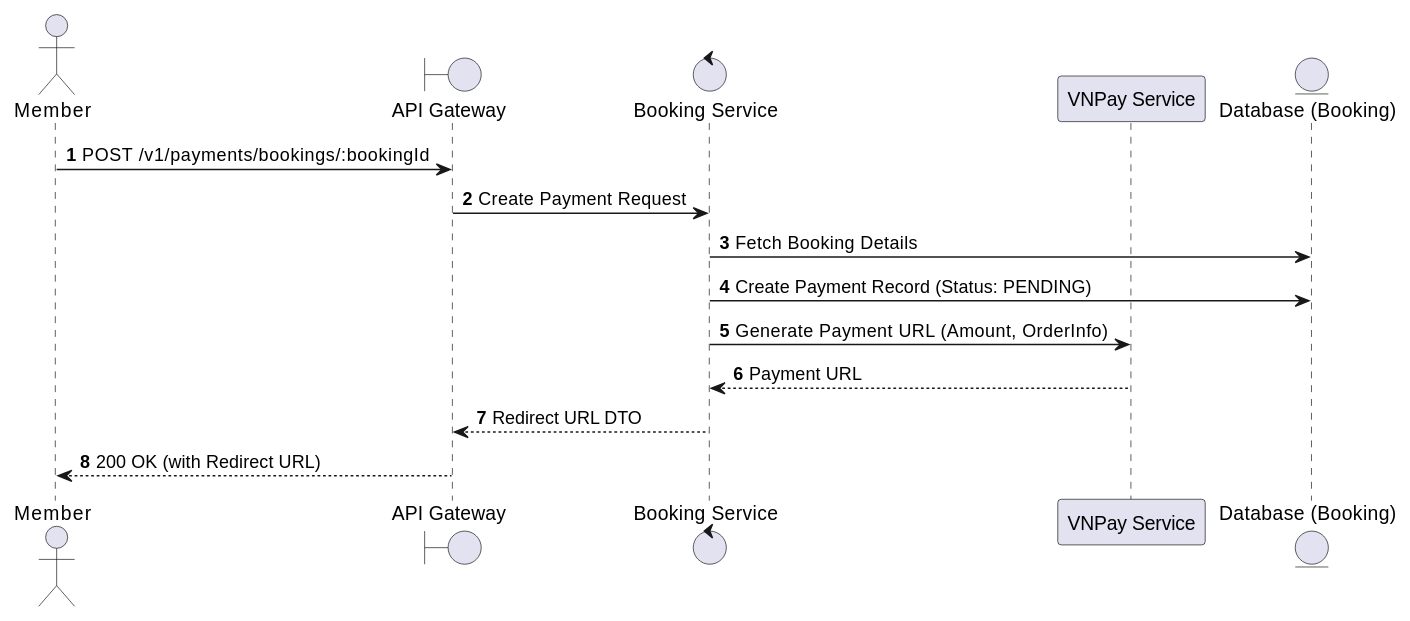
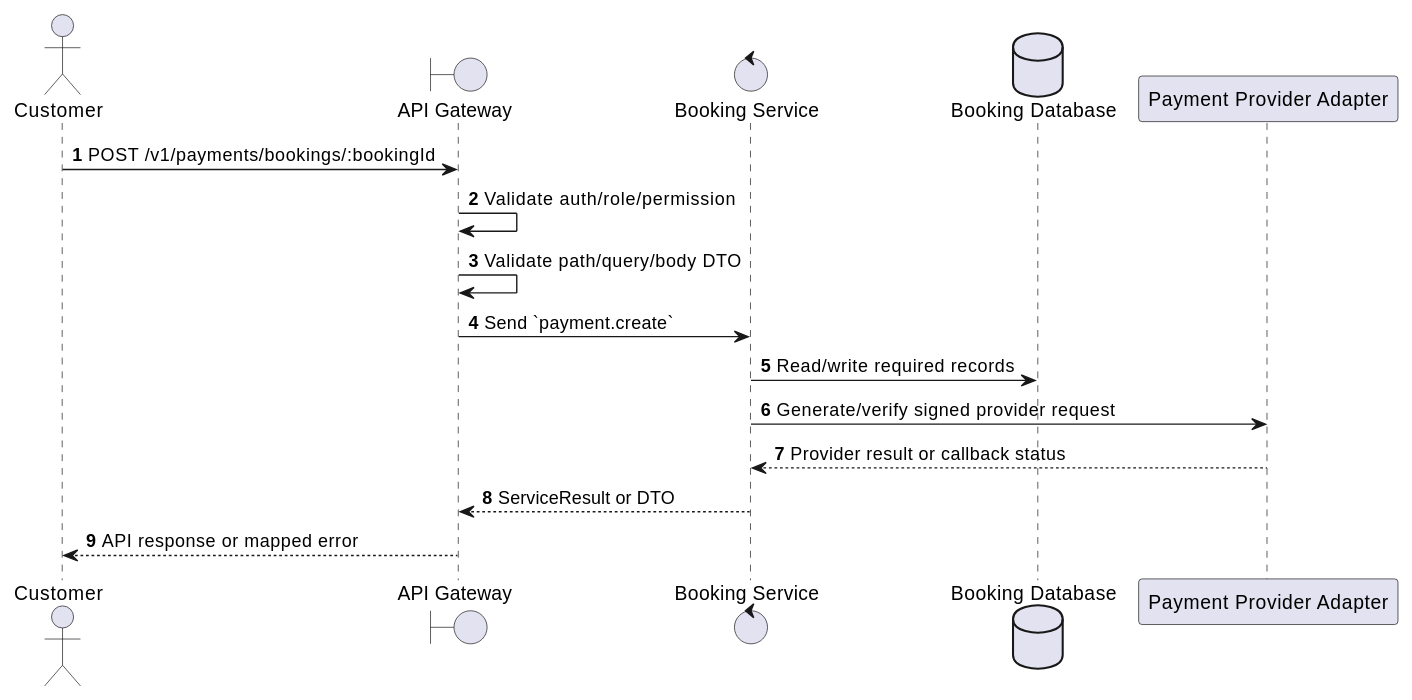
Before and after one commit to Tanh1603/movie-hub-architecture: the first of 2 diagrams in docs/functional_specs/3.6_Payment_Transaction_Module/PY-01_Create_Payment.md, drawn with PlantUML. The commit also changed other lines of this file and 126 other files, not shown here.

````diff
--- a/docs/functional_specs/3.6_Payment_Transaction_Module/PY-01_Create_Payment.md
+++ b/docs/functional_specs/3.6_Payment_Transaction_Module/PY-01_Create_Payment.md
@@ -17,19 +17,20 @@
 ```plantuml
 @startuml
 autonumber
-actor Member
+actor "Customer" as Actor
 boundary "API Gateway" as GW
-control "Booking Service" as BS
-participant "VNPay Service" as VNPay
-entity "Database (Booking)" as DB
+control "Booking Service" as SVC
+database "Booking Database" as DB
+participant "Payment Provider Adapter" as Provider
 
-Member -> GW: POST /v1/payments/bookings/:bookingId
-GW -> BS: Create Payment Request
-BS -> DB: Fetch Booking Details
-BS -> DB: Create Payment Record (Status: PENDING)
-BS -> VNPay: Generate Payment URL (Amount, OrderInfo)
-VNPay --> BS: Payment URL
-BS --> GW: Redirect URL DTO
-GW --> Member: 200 OK (with Redirect URL)
+Actor -> GW: POST /v1/payments/bookings/:bookingId
+GW -> GW: Validate auth/role/permission
+GW -> GW: Validate path/query/body DTO
+GW -> SVC: Send `payment.create`
+SVC -> DB: Read/write required records
+SVC -> Provider: Generate/verify signed provider request
+Provider --> SVC: Provider result or callback status
+SVC --> GW: ServiceResult or DTO
+GW --> Actor: API response or mapped error
 @enduml
 ```
````
